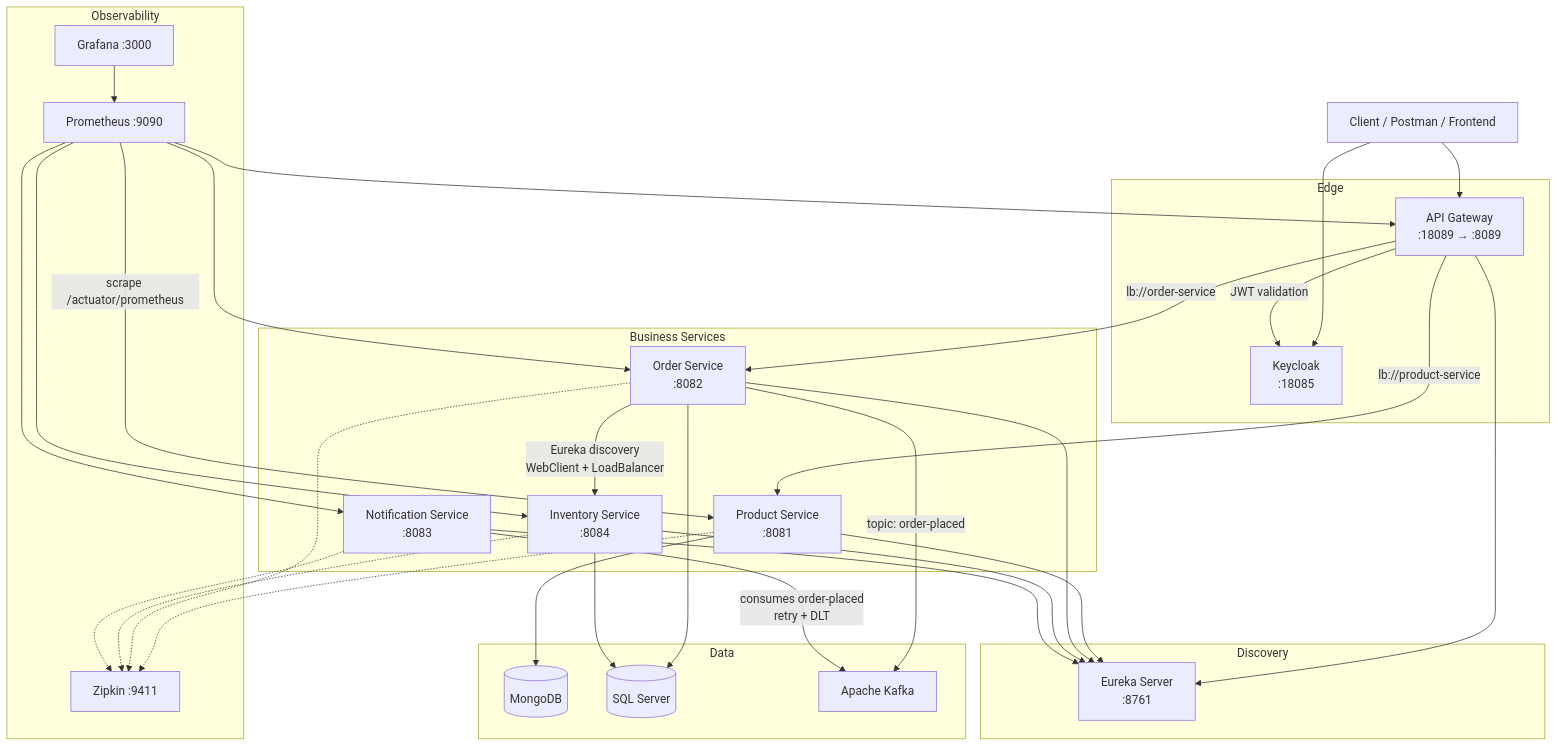
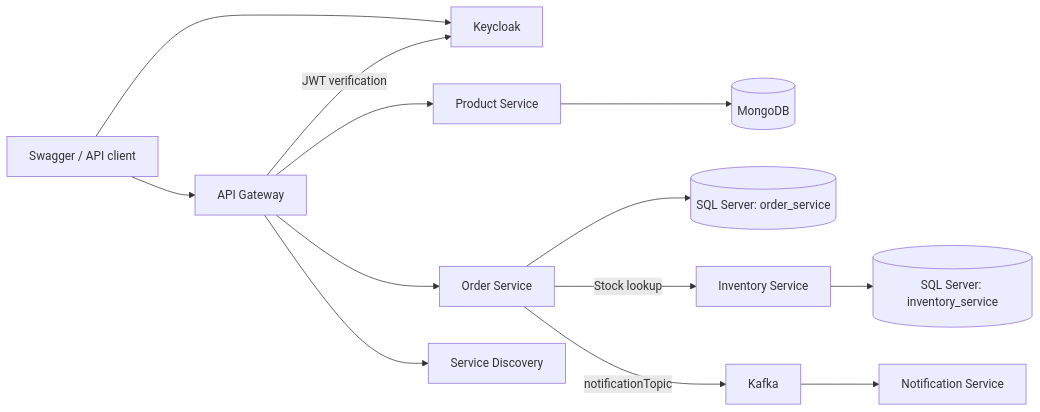
The diagram in README.md (islamsoliman1/microservice-new), drawn with Mermaid before and after one commit. The commit also changed other lines of this file and 41 other files, not shown here.

````diff
--- a/README.md
+++ b/README.md
@@ -7,64 +42,15 @@
 ```mermaid
-graph TB
-    Client[Client / Postman / Frontend]
-
-subgraph Edge
-Gateway[API Gateway<br/>:18089 → :8089]
-Keycloak[Keycloak<br/>:18085]
-end
-
-subgraph Discovery
-Eureka[Eureka Server<br/>:8761]
-end
-
-subgraph Business Services
-Product[Product Service<br/>:8081]
-Order[Order Service<br/>:8082]
-Inventory[Inventory Service<br/>:8084]
-Notification[Notification Service<br/>:8083]
-end
-
-subgraph Data
-Mongo[(MongoDB)]
-MSSQL[(SQL Server)]
-Kafka[Apache Kafka]
-end
-
-subgraph Observability
-Zipkin[Zipkin :9411]
-Prometheus[Prometheus :9090]
-Grafana[Grafana :3000]
-end
-
-Client --> Gateway
-Client --> Keycloak
-Gateway -->|JWT validation| Keycloak
-Gateway -->|lb://product-service| Product
-Gateway -->|lb://order-service| Order
-Gateway --> Eureka
-
-Product --> Mongo
-Product --> Eureka
-Product -.-> Zipkin
-
-Order --> MSSQL
-Order -->|Eureka discovery<br/>WebClient + LoadBalancer| Inventory
-Order -->|topic: order-placed| Kafka
-Order --> Eureka
-Order -.-> Zipkin
-
-Inventory --> MSSQL
-Inventory --> Eureka
-Inventory -.-> Zipkin
-
-Notification -->|consumes order-placed<br/>retry + DLT| Kafka
-Notification --> Eureka
-Notification -.-> Zipkin
-
-Prometheus -->|scrape /actuator/prometheus| Product
-Prometheus --> Order
-Prometheus --> Inventory
-Prometheus --> Notification
-Prometheus --> Gateway
-Grafana --> Prometheus
+flowchart LR
+    Client[Swagger / API client] --> Gateway[API Gateway]
+    Client --> Keycloak[Keycloak]
+    Gateway -->|JWT verification| Keycloak
+    Gateway --> Product[Product Service]
+    Gateway --> Order[Order Service]
+    Gateway --> Eureka[Service Discovery]
+    Product --> Mongo[(MongoDB)]
+    Order --> Orders[(SQL Server: order_service)]
+    Order -->|Stock lookup| Inventory[Inventory Service]
+    Inventory --> Stock[(SQL Server: inventory_service)]
+    Order -->|notificationTopic| Kafka[Kafka]
+    Kafka --> Notification[Notification Service]
 ```
````
